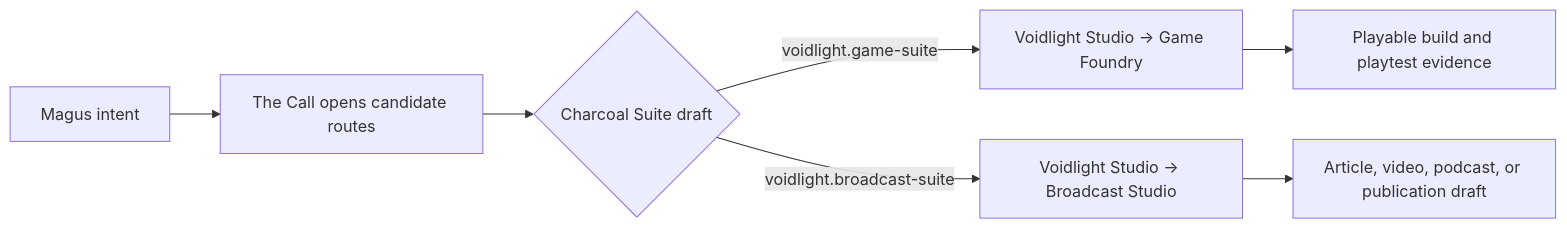
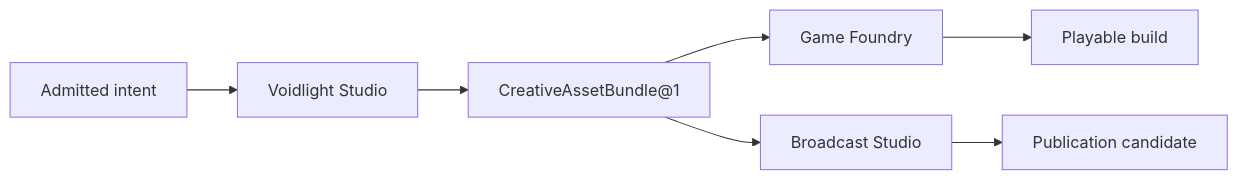
One commit to hexanomicon/lychd changed the first of 2 diagrams in docs/compositions/index.md. Above: the diagram before and after it, drawn with Mermaid. The commit also changed other lines of this file and 159 other files, not shown here.

````diff
--- a/docs/compositions/index.md
+++ b/docs/compositions/index.md
@@ -189,9 +85,9 @@
 ```mermaid
 flowchart LR
-    I["Magus intent"] --> C["The Call opens candidate routes"]
-    C --> S{"Charcoal Suite draft"}
-    S -->|voidlight.game-suite| VG["Voidlight Studio → Game Foundry"]
-    S -->|voidlight.broadcast-suite| VB["Voidlight Studio → Broadcast Studio"]
-    VG --> GA["Playable build and playtest evidence"]
-    VB --> BA["Article, video, podcast, or publication draft"]
+    I["Admitted intent"] --> V["Voidlight Studio"]
+    V --> A["CreativeAssetBundle@1"]
+    A --> G["Game Foundry"]
+    A --> B["Broadcast Studio"]
+    G --> P["Playable build"]
+    B --> R["Publication candidate"]
 ```
````
